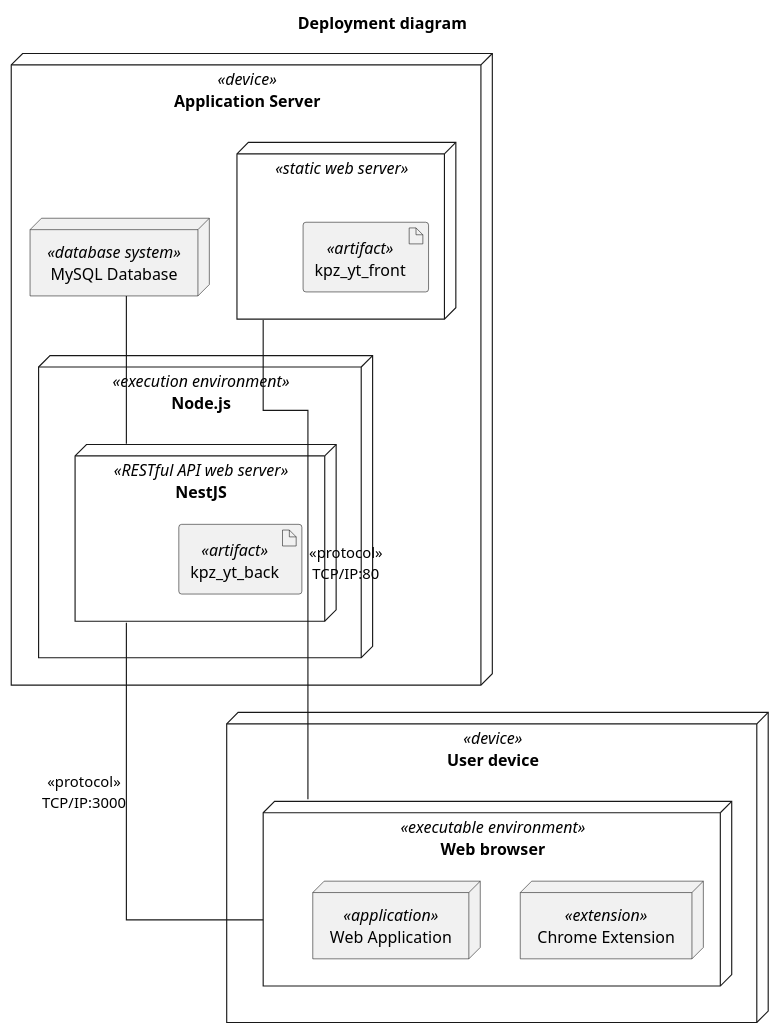
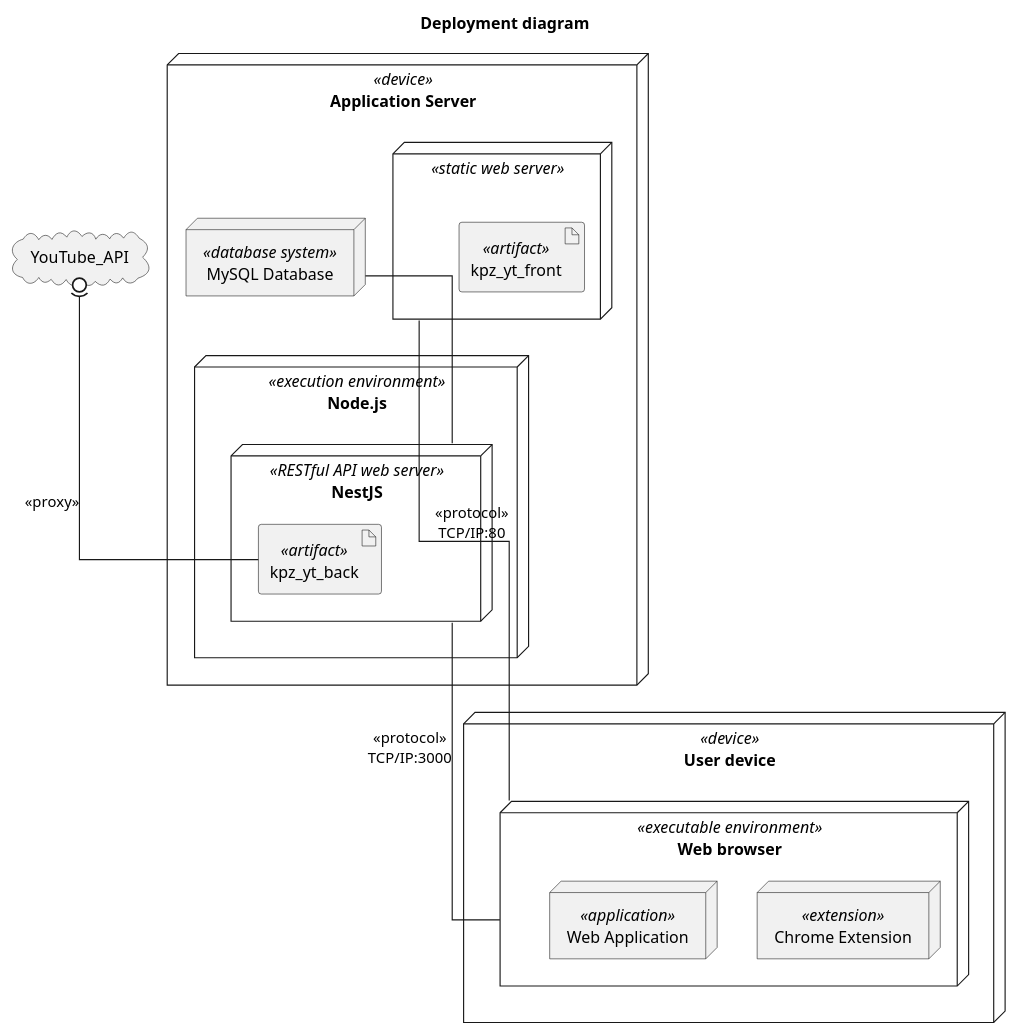
Before and after one commit to angrynerds-pl/kpz-yt-api: the diagram in docs/src/diagrams/src/deployment.pu, drawn with PlantUML. The commit also changed 3 other files, not shown here.

Commit message:
Update diagram & new section

```diff
--- a/docs/src/diagrams/src/deployment.pu
+++ b/docs/src/diagrams/src/deployment.pu
@@ -1,31 +1,35 @@
 @startuml deployment
 title Deployment diagram
 top to bottom direction
 skinparam linetype ortho
 
 node "Application Server" <<device>>{
   node "Node.js" as node <<execution environment>>{
     node "NestJS" as rest <<RESTful API web server>>{
       artifact kpz_yt_back <<artifact>>
     }
   }
 
   node " " as static <<static web server>>{
     artifact kpz_yt_front <<artifact>>
   }
 
   node "MySQL Database" as db <<database system>>
 }
 
 node "User device" as user_machine <<device>>{
   node "Web browser" as browser <<executable environment>> {
       node "Chrome Extension" as extension <<extension>>
       node "Web Application" as app <<application>>
   }
 }
 
 static -down- browser: <<protocol>>\nTCP/IP:80
 rest -down- browser: <<protocol>>\nTCP/IP:3000
 rest -up- db
 
+cloud YouTube_API
+
+YouTube_API 0)-- kpz_yt_back: <<proxy>> 
+
 @enduml
```
